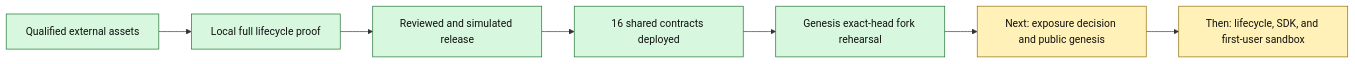
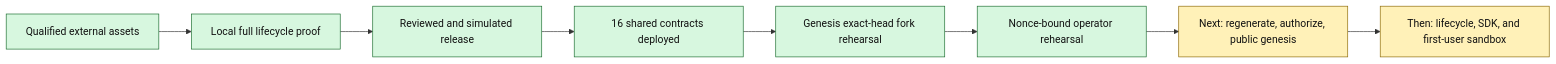
The first of 5 diagrams in docs/architecture/robinhood-testnet-system.md (vmbbz/stonkHedge), drawn with Mermaid before and after one commit. The commit also changed other lines of this file and 18 other files, not shown here.

````diff
--- a/docs/architecture/robinhood-testnet-system.md
+++ b/docs/architecture/robinhood-testnet-system.md
@@ -40,14 +44,15 @@
 ```mermaid
 flowchart LR
     A[Qualified external assets] --> B[Local full lifecycle proof]
     B --> C[Reviewed and simulated release]
     C --> D[16 shared contracts deployed]
     D --> E[Genesis exact-head fork rehearsal]
-    E --> F[Next: exposure decision and public genesis]
-    F --> G[Then: lifecycle, SDK, and first-user sandbox]
+    E --> F[Nonce-bound operator rehearsal]
+    F --> H[Next: regenerate, authorize, public genesis]
+    H --> G[Then: lifecycle, SDK, and first-user sandbox]
 
     classDef done fill:#d7f7df,stroke:#176b2c,color:#111;
     classDef next fill:#fff1b8,stroke:#8a6700,color:#111;
-    class A,B,C,D,E done;
-    class F,G next;
+    class A,B,C,D,E,F done;
+    class H,G next;
 ```
````
